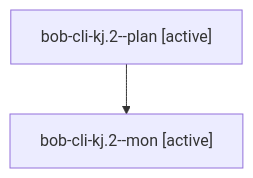
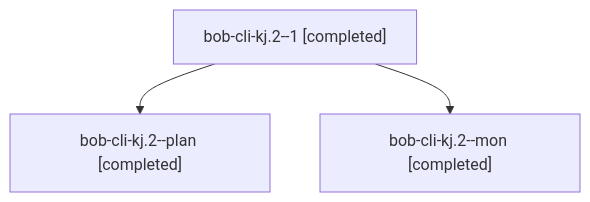
The diagram in sessions/bbugyi200.athena.bob-cli-kj.2.md (bobs-org/bob-cli--agents), drawn with Mermaid before and after one commit. The commit also changed other lines of this file and 56 other files, not shown here.

````diff
--- a/sessions/bbugyi200.athena.bob-cli-kj.2.md
+++ b/sessions/bbugyi200.athena.bob-cli-kj.2.md
@@ -9,6 +9,8 @@
 ```mermaid
 flowchart TD
-  n0["bob-cli-kj.2--plan [active]"]
-  n1["bob-cli-kj.2--mon [active]"]
+  n0["bob-cli-kj.2--1 [completed]"]
+  n1["bob-cli-kj.2--plan [completed]"]
   n0 --> n1
+  n2["bob-cli-kj.2--mon [completed]"]
+  n0 --> n2
 ```
````
